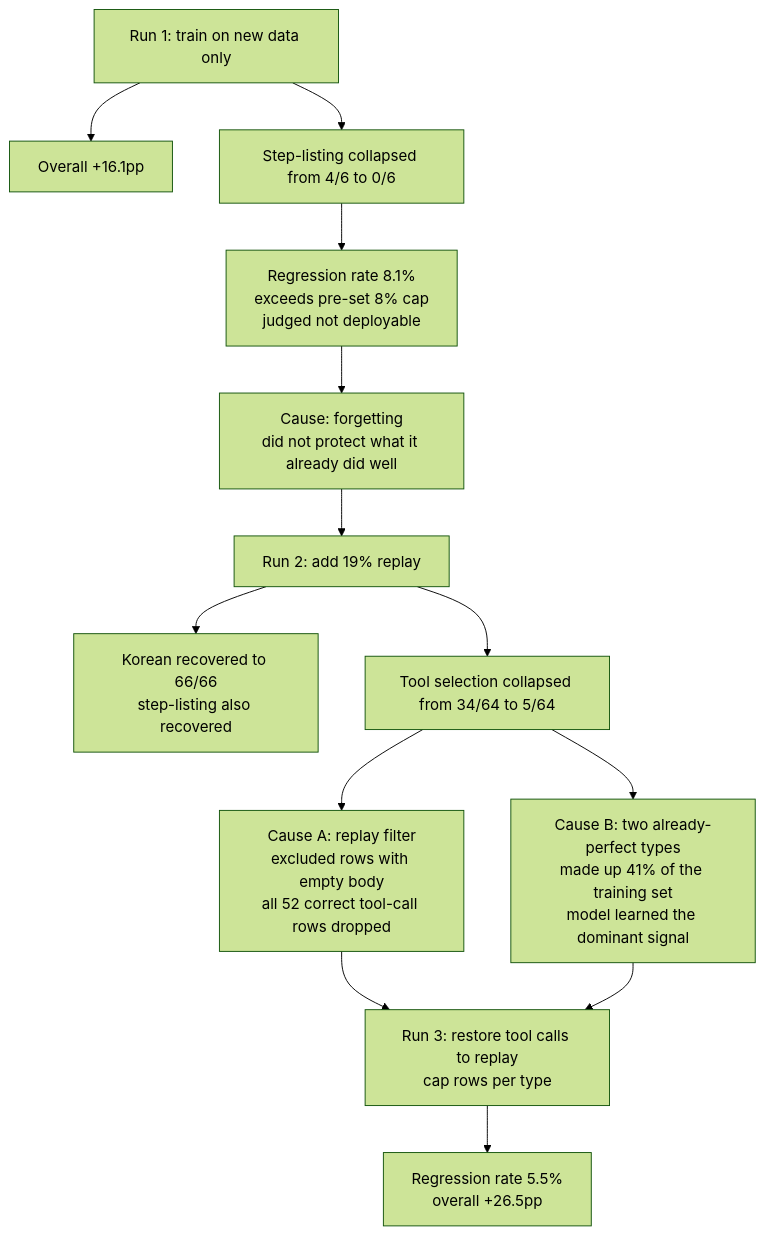
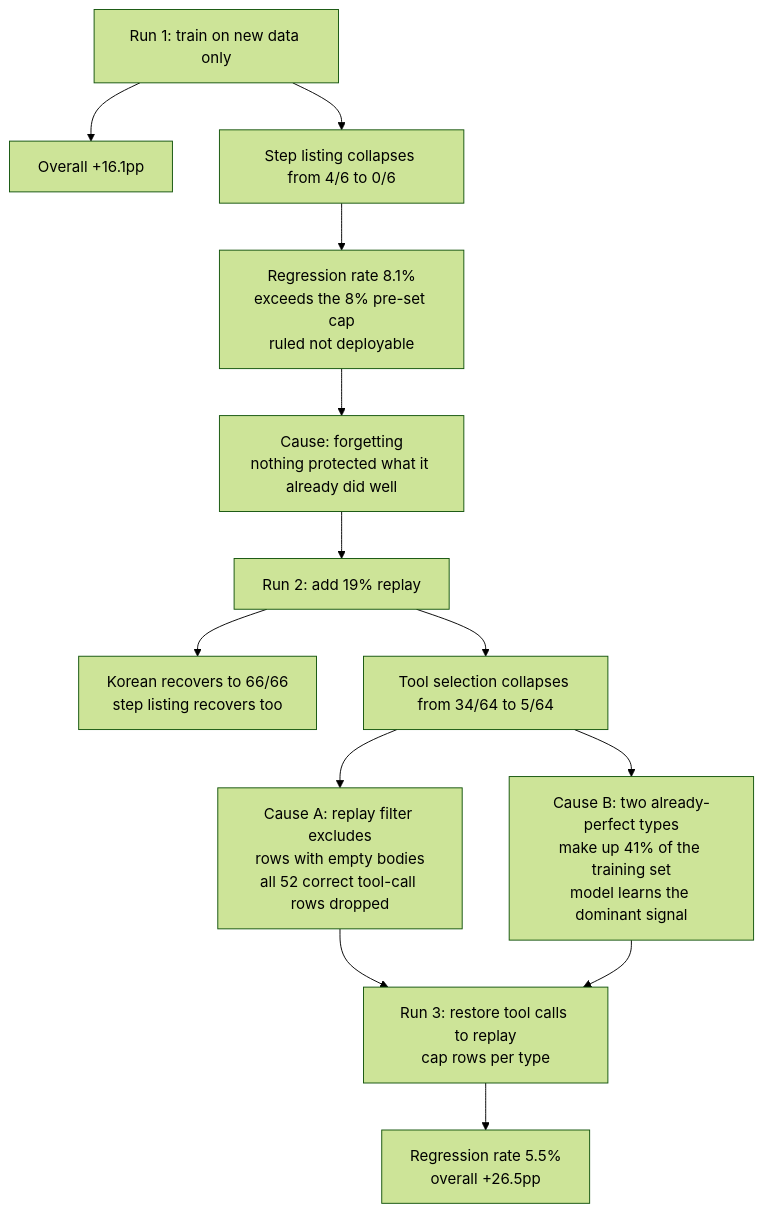
One commit to ThakiCloud/thakicloud.github.io changed the second of 2 diagrams in _posts/en/research/2026-08-19-paxis-distill-8b.md. Above: the diagram before and after it, drawn with Mermaid (forest theme). The commit also changed other lines of this file and 4 other files, not shown here.

````diff
--- a/_posts/en/research/2026-08-19-paxis-distill-8b.md
+++ b/_posts/en/research/2026-08-19-paxis-distill-8b.md
@@ -74,15 +150,15 @@
 ```mermaid
 flowchart TB
     R1["Run 1: train on new data only"] --> R1A["Overall +16.1pp"]
-    R1 --> R1B["Step-listing collapsed from 4/6 to 0/6"]
-    R1B --> R1C["Regression rate 8.1%<br/>exceeds pre-set 8% cap<br/>judged not deployable"]
-    R1C --> C1["Cause: forgetting<br/>did not protect what it already did well"]
+    R1 --> R1B["Step listing collapses from 4/6 to 0/6"]
+    R1B --> R1C["Regression rate 8.1%<br/>exceeds the 8% pre-set cap<br/>ruled not deployable"]
+    R1C --> C1["Cause: forgetting<br/>nothing protected what it already did well"]
     C1 --> R2["Run 2: add 19% replay"]
-    R2 --> R2A["Korean recovered to 66/66<br/>step-listing also recovered"]
-    R2 --> R2B["Tool selection collapsed from 34/64 to 5/64"]
-    R2B --> C2["Cause A: replay filter<br/>excluded rows with empty body<br/>all 52 correct tool-call rows dropped"]
-    R2B --> C3["Cause B: two already-perfect types<br/>made up 41% of the training set<br/>model learned the dominant signal"]
+    R2 --> R2A["Korean recovers to 66/66<br/>step listing recovers too"]
+    R2 --> R2B["Tool selection collapses from 34/64 to 5/64"]
+    R2B --> C2["Cause A: replay filter excludes<br/>rows with empty bodies<br/>all 52 correct tool-call rows dropped"]
+    R2B --> C3["Cause B: two already-perfect types<br/>make up 41% of the training set<br/>model learns the dominant signal"]
     C2 --> R3["Run 3: restore tool calls to replay<br/>cap rows per type"]
     C3 --> R3
     R3 --> R3A["Regression rate 5.5%<br/>overall +26.5pp"]
 ```
````
